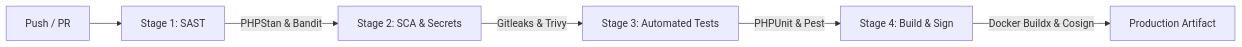
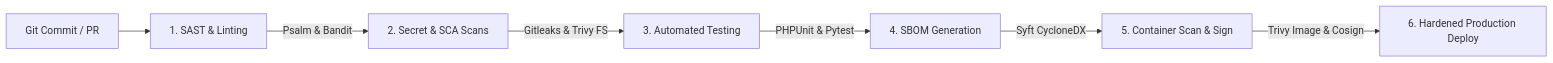
One commit to AymenAzizi/CyberSec-Platform changed the third of 3 diagrams in README.md. Above: the diagram before and after it, drawn with Mermaid. The commit also changed other lines of this file, not shown here.

Commit message:
docs: enrich master README with comprehensive architecture, DevSecOps pipeline, REST API specs, and academic PFE context

````diff
--- a/README.md
+++ b/README.md
@@ -65,8 +185,9 @@
 ```mermaid
 flowchart LR
-    A[Push / PR] --> B[Stage 1: SAST]
-    B -->|PHPStan & Bandit| C[Stage 2: SCA & Secrets]
-    C -->|Gitleaks & Trivy| D[Stage 3: Automated Tests]
-    D -->|PHPUnit & Pest| E[Stage 4: Build & Sign]
-    E -->|Docker Buildx & Cosign| F[Production Artifact]
+    A[Git Commit / PR] --> B[1. SAST & Linting]
+    B -->|Psalm & Bandit| C[2. Secret & SCA Scans]
+    C -->|Gitleaks & Trivy FS| D[3. Automated Testing]
+    D -->|PHPUnit & Pytest| E[4. SBOM Generation]
+    E -->|Syft CycloneDX| F[5. Container Scan & Sign]
+    F -->|Trivy Image & Cosign| G[6. Hardened Production Deploy]
 ```
````
